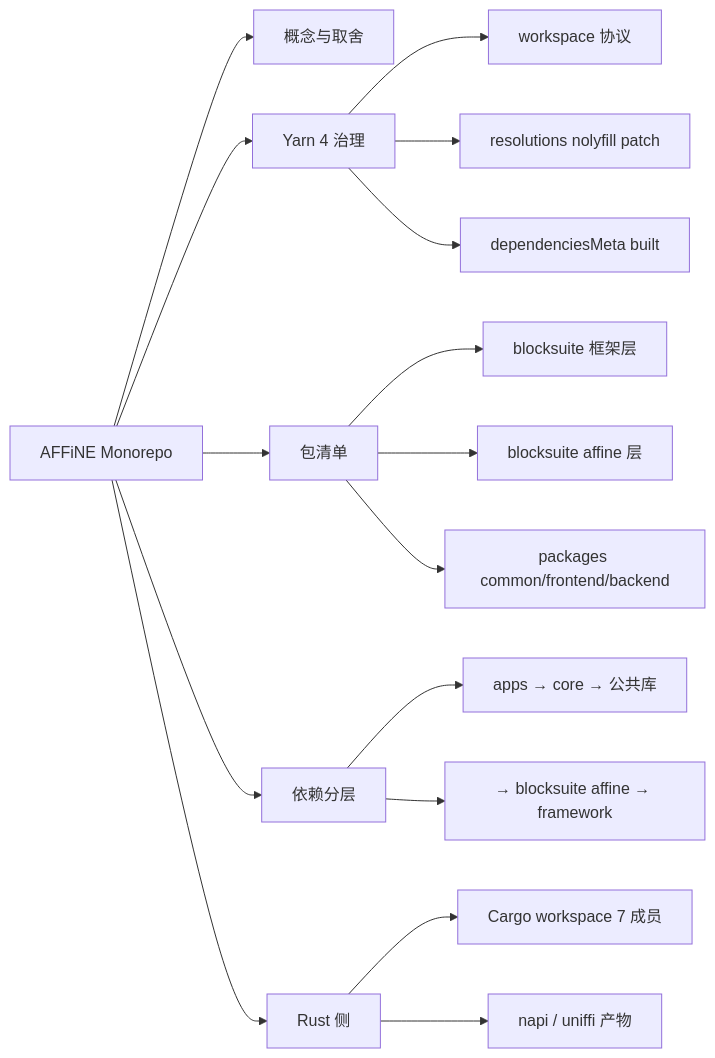
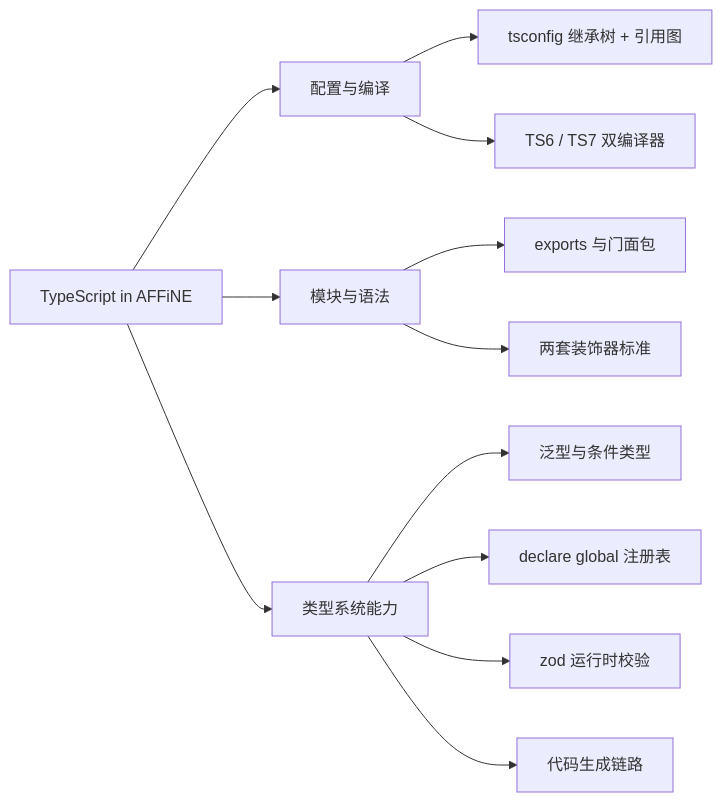
The first of 4 diagrams in learning-guide/slides/decks/09.md (lfire/AFFiNE), drawn with Mermaid before and after one commit. The commit also changed other lines of this file and 73 other files, not shown here.

````diff
--- a/learning-guide/slides/decks/09.md
+++ b/learning-guide/slides/decks/09.md
@@ -34,18 +27,14 @@
 ```mermaid
 flowchart LR
-  ROOT["AFFiNE Monorepo"] --> C["概念与取舍"]
-  ROOT --> Y["Yarn 4 治理"]
-  ROOT --> L["包清单"]
-  ROOT --> D["依赖分层"]
-  ROOT --> R["Rust 侧"]
-  Y --> Y1["workspace 协议"]
-  Y --> Y2["resolutions nolyfill patch"]
-  Y --> Y3["dependenciesMeta built"]
-  L --> L1["blocksuite 框架层"]
-  L --> L2["blocksuite affine 层"]
-  L --> L3["packages common/frontend/backend"]
-  D --> D1["apps → core → 公共库"]
-  D --> D2["→ blocksuite affine → framework"]
-  R --> R1["Cargo workspace 7 成员"]
-  R --> R2["napi / uniffi 产物"]
+  ROOT["TypeScript in AFFiNE"] --> CFG["配置与编译"]
+  ROOT --> MOD["模块与语法"]
+  ROOT --> TYP["类型系统能力"]
+  CFG --> C1["tsconfig 继承树 + 引用图"]
+  CFG --> C2["TS6 / TS7 双编译器"]
+  MOD --> M1["exports 与门面包"]
+  MOD --> M2["两套装饰器标准"]
+  TYP --> T1["泛型与条件类型"]
+  TYP --> T2["declare global 注册表"]
+  TYP --> T3["zod 运行时校验"]
+  TYP --> T4["代码生成链路"]
 ```
````
